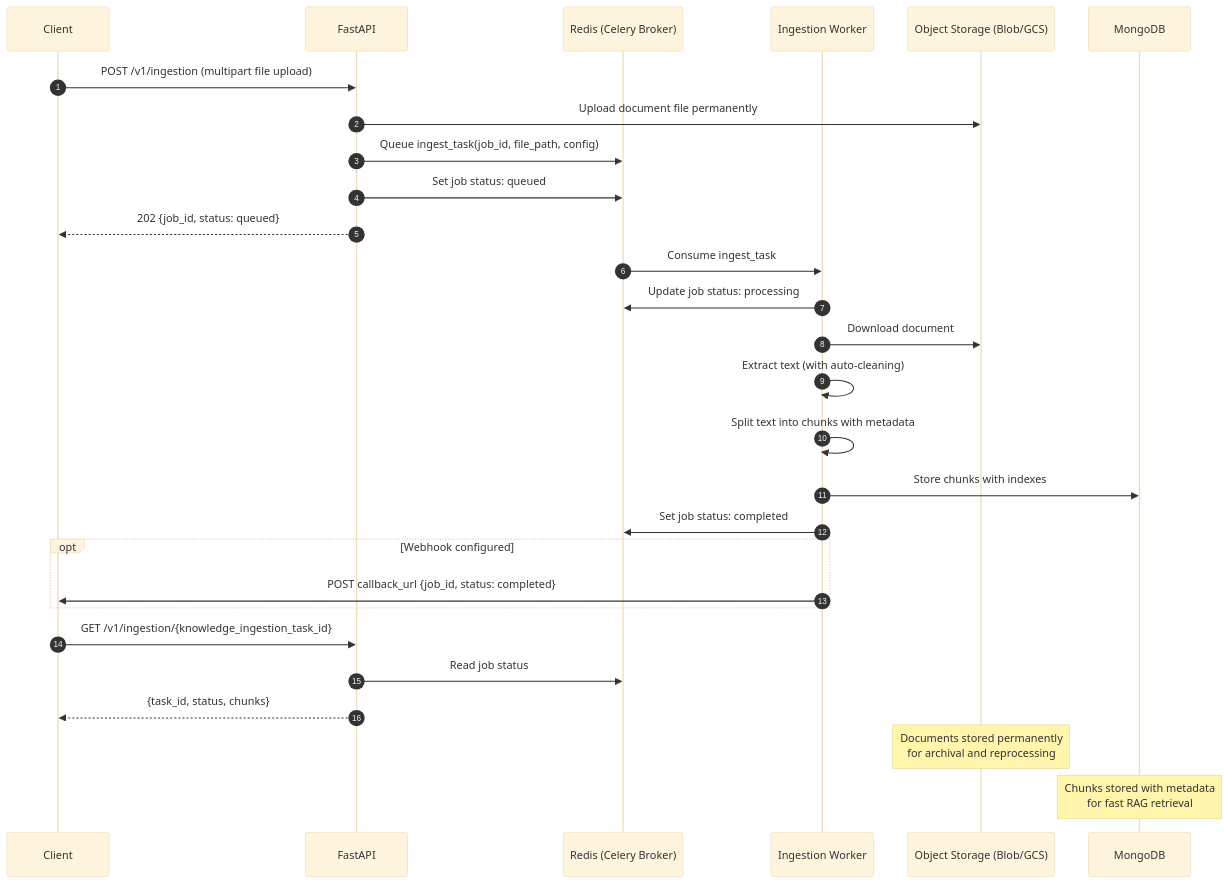
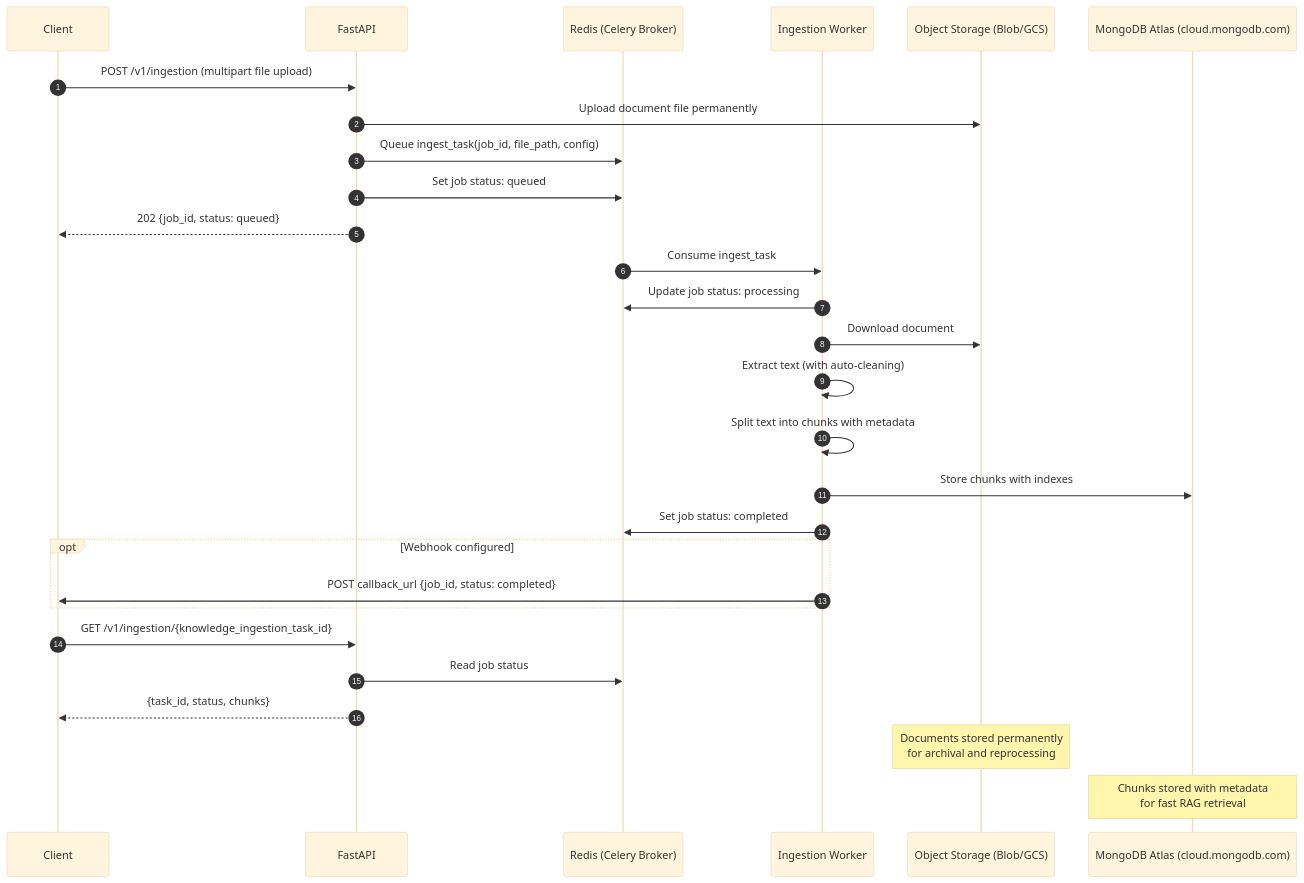
Before and after one commit to hmunjuluri05/rag-ingestion-api: the second of 2 diagrams in docs/DESIGN.md, drawn with Mermaid (base theme). The commit also changed other lines of this file, not shown here.

````diff
--- a/docs/DESIGN.md
+++ b/docs/DESIGN.md
@@ -157,35 +156,35 @@
 ```mermaid
 sequenceDiagram
     autonumber
     participant Client
     participant API as FastAPI
     participant Redis as Redis (Celery Broker)
     participant Worker as Ingestion Worker
     participant BlobStorage as Object Storage (Blob/GCS)
-    participant MongoDB as MongoDB
+    participant MongoDB as MongoDB Atlas (cloud.mongodb.com)
 
     Client->>API: POST /v1/ingestion (multipart file upload)
     API->>BlobStorage: Upload document file permanently
     API->>Redis: Queue ingest_task(job_id, file_path, config)
     API->>Redis: Set job status: queued
     API-->>Client: 202 {job_id, status: queued}
 
     Redis->>Worker: Consume ingest_task
     Worker->>Redis: Update job status: processing
     Worker->>BlobStorage: Download document
     Worker->>Worker: Extract text (with auto-cleaning)
     Worker->>Worker: Split text into chunks with metadata
     Worker->>MongoDB: Store chunks with indexes
     Worker->>Redis: Set job status: completed
 
     opt Webhook configured
         Worker->>Client: POST callback_url {job_id, status: completed}
     end
 
     Client->>API: GET /v1/ingestion/{knowledge_ingestion_task_id}
     API->>Redis: Read job status
     API-->>Client: {task_id, status, chunks}
 
     Note over BlobStorage: Documents stored permanently<br/>for archival and reprocessing
     Note over MongoDB: Chunks stored with metadata<br/>for fast RAG retrieval
 ```
````
